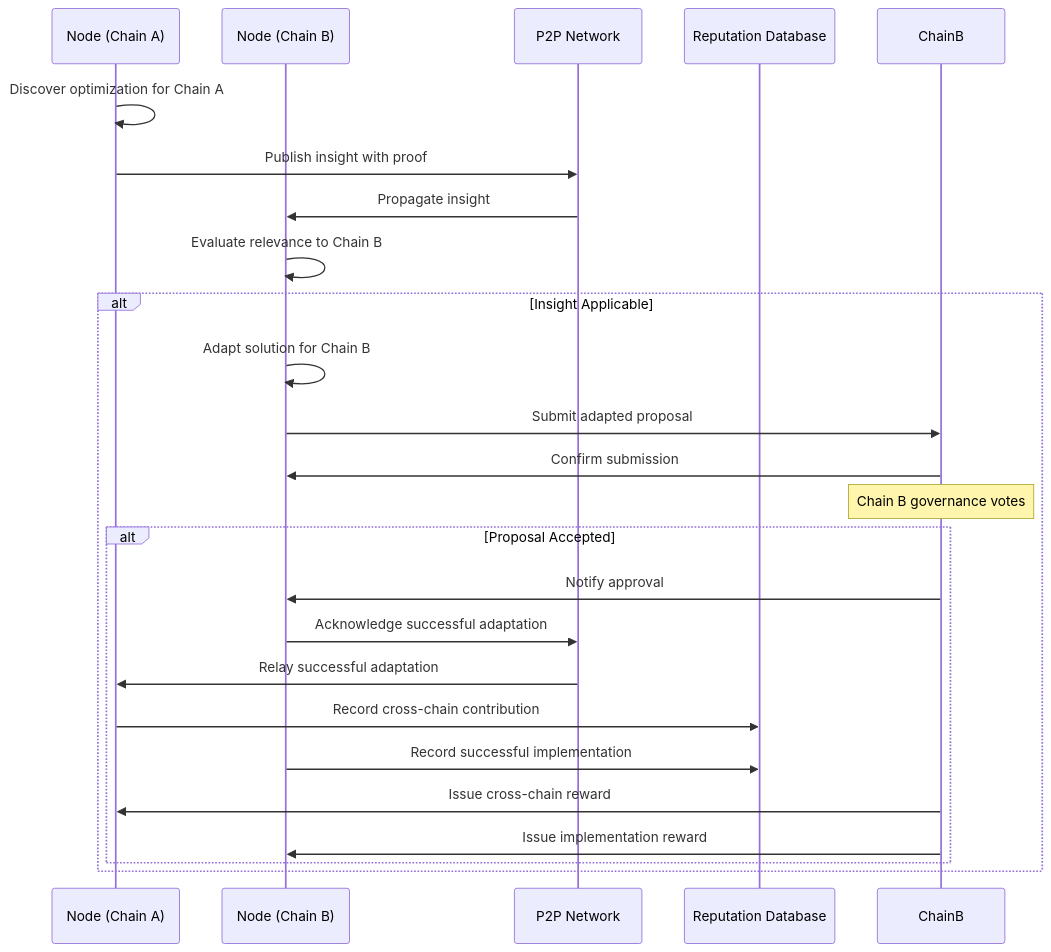
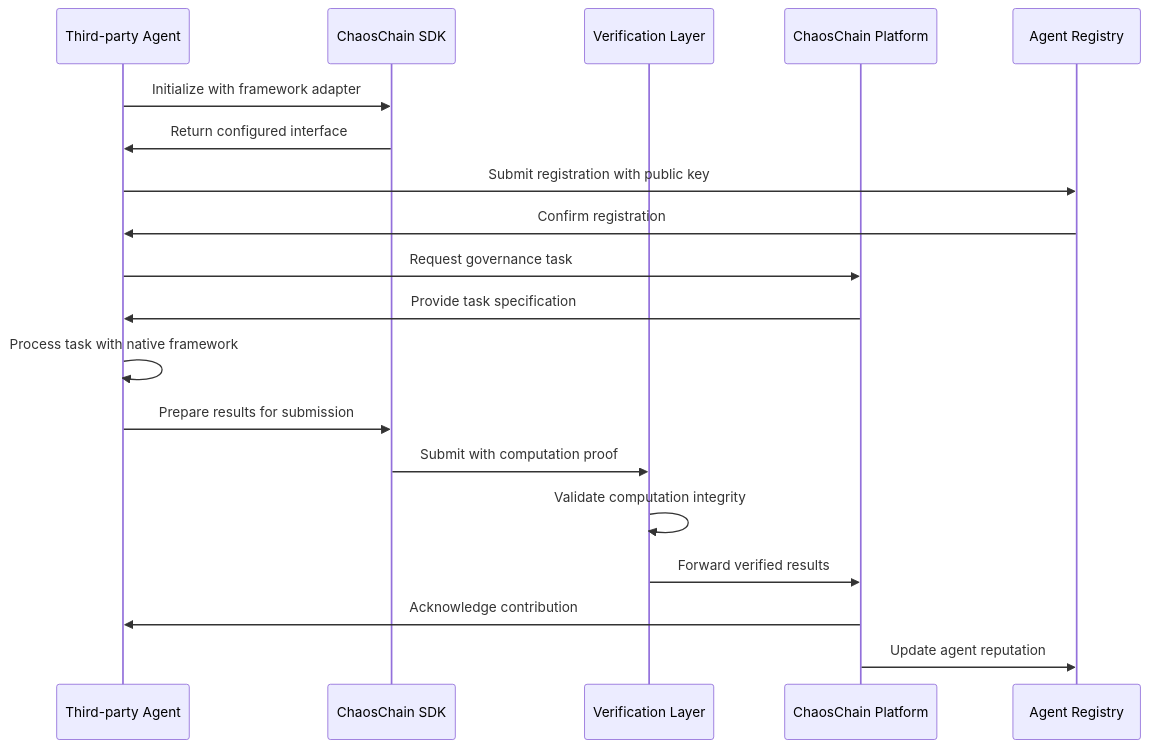
One commit to ChaosChain/chaoschain-governance-os changed the second of 2 diagrams in IMPLEMENTATION_PLAN.md. Above: the diagram before and after it, drawn with Mermaid. The commit also changed other lines of this file, not shown here.

Commit message:
Revise implementation plan: replace P2P with verification layer, add CrewAI integration, focus on compute-based verification

````diff
--- a/IMPLEMENTATION_PLAN.md
+++ b/IMPLEMENTATION_PLAN.md
@@ -230,33 +510,28 @@
 ```mermaid
 sequenceDiagram
-    participant NodeA as Node (Chain A)
-    participant NodeB as Node (Chain B)
-    participant P2P as P2P Network
-    participant RepDB as Reputation Database
+    participant ExternalAgent as Third-party Agent
+    participant SDK as ChaosChain SDK
+    participant Verifier as Verification Layer
+    participant Platform as ChaosChain Platform
+    participant Registry as Agent Registry
     
-    NodeA->>NodeA: Discover optimization for Chain A
-    NodeA->>P2P: Publish insight with proof
+    ExternalAgent->>SDK: Initialize with framework adapter
+    SDK->>ExternalAgent: Return configured interface
     
-    P2P->>NodeB: Propagate insight
-    NodeB->>NodeB: Evaluate relevance to Chain B
+    ExternalAgent->>Registry: Submit registration with public key
+    Registry->>ExternalAgent: Confirm registration
     
-    alt Insight Applicable
-        NodeB->>NodeB: Adapt solution for Chain B
-        NodeB->>ChainB: Submit adapted proposal
-        ChainB->>NodeB: Confirm submission
-        
-        Note over ChainB: Chain B governance votes
-        
-        alt Proposal Accepted
-            ChainB->>NodeB: Notify approval
-            NodeB->>P2P: Acknowledge successful adaptation
-            P2P->>NodeA: Relay successful adaptation
-            
-            NodeA->>RepDB: Record cross-chain contribution
-            NodeB->>RepDB: Record successful implementation
-            
-            ChainB->>NodeA: Issue cross-chain reward
-            ChainB->>NodeB: Issue implementation reward
-        end
-    end
+    ExternalAgent->>Platform: Request governance task
+    Platform->>ExternalAgent: Provide task specification
+    
+    ExternalAgent->>ExternalAgent: Process task with native framework
+    
+    ExternalAgent->>SDK: Prepare results for submission
+    SDK->>Verifier: Submit with computation proof
+    
+    Verifier->>Verifier: Validate computation integrity
+    Verifier->>Platform: Forward verified results
+    
+    Platform->>ExternalAgent: Acknowledge contribution
+    Platform->>Registry: Update agent reputation
 ```
````
